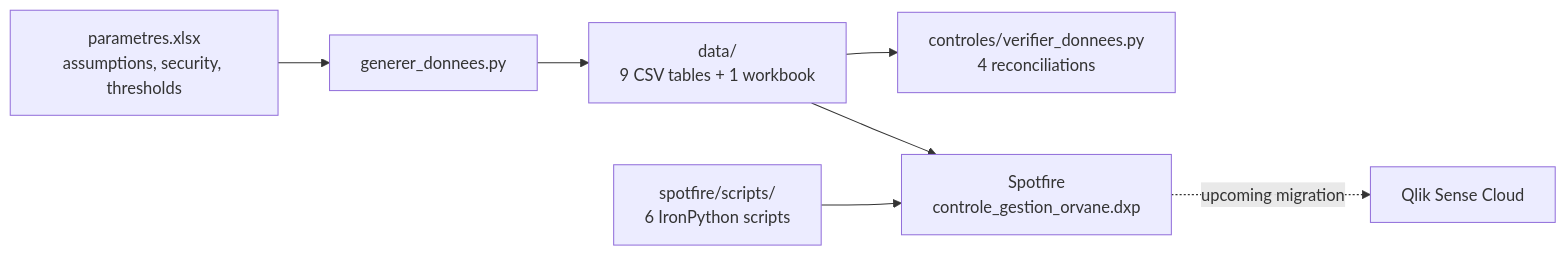
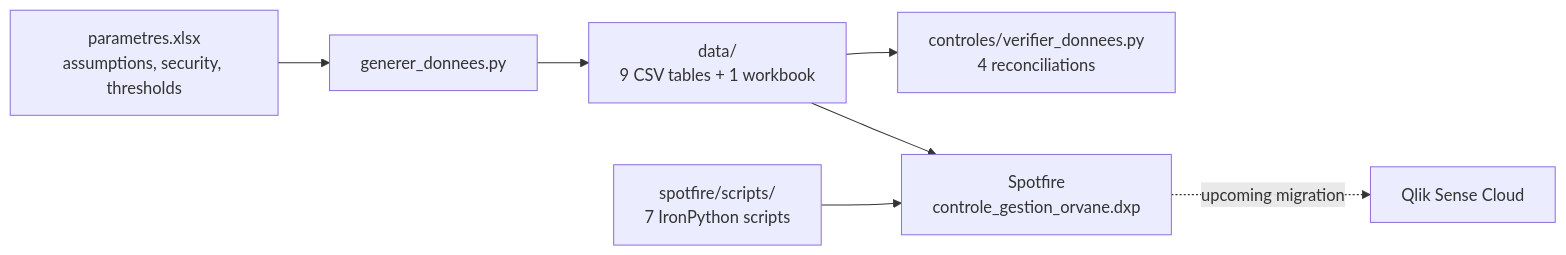
One commit to cnanaj-wq/migration-spotfire-qlik-sense changed the diagram in README.en.md. Above: the diagram before and after it, drawn with Mermaid. The commit also changed other lines of this file and 6 other files, not shown here.

````diff
--- a/README.en.md
+++ b/README.en.md
@@ -127,9 +127,9 @@
 ```mermaid
 flowchart LR
   P[parametres.xlsx<br/>assumptions, security, thresholds] --> G[generer_donnees.py]
   G --> D[data/<br/>9 CSV tables + 1 workbook]
   D --> C[controles/verifier_donnees.py<br/>4 reconciliations]
   D --> S[Spotfire<br/>controle_gestion_orvane.dxp]
-  I[spotfire/scripts/<br/>6 IronPython scripts] --> S
+  I[spotfire/scripts/<br/>7 IronPython scripts] --> S
   S -. upcoming migration .-> Q[Qlik Sense Cloud]
 ```
````
